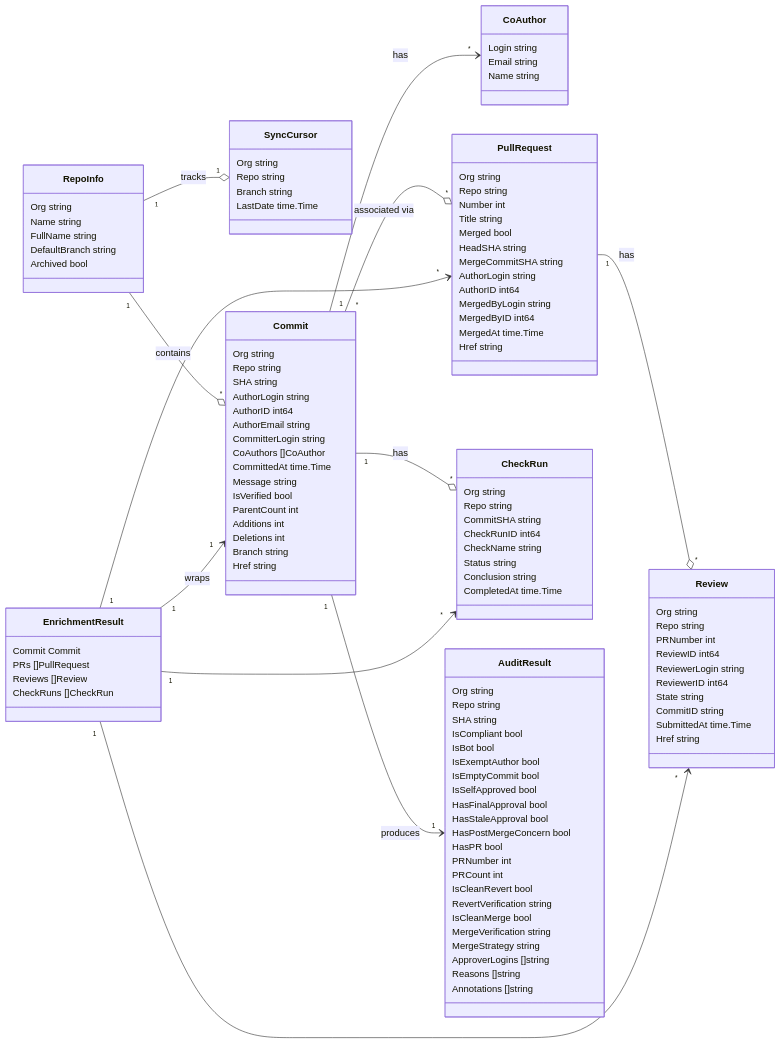
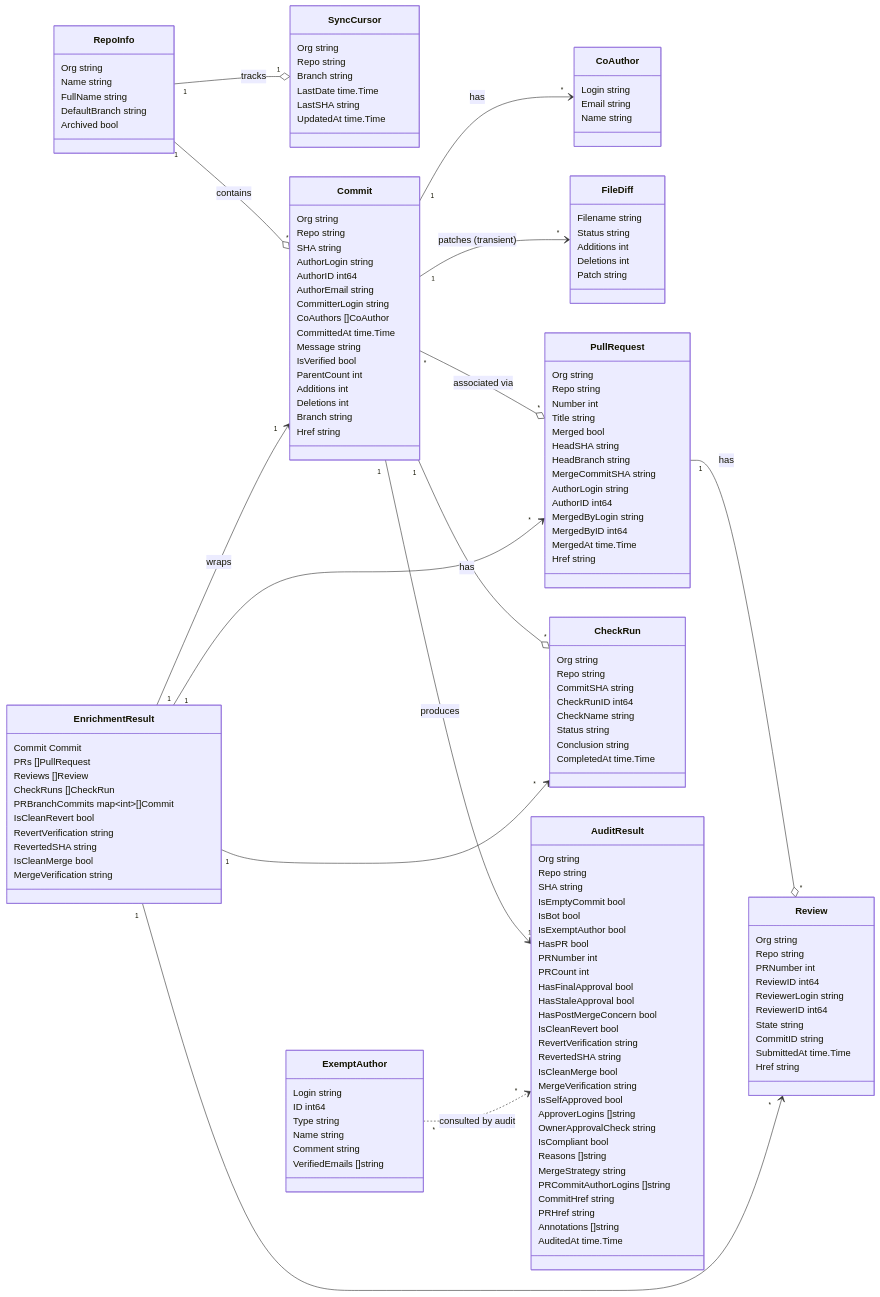
One commit to stefanpenner/gh-audit changed the diagram in internal/model/README.md. Above: the diagram before and after it, drawn with Mermaid. The commit also changed 60 other files, not shown here.

First line of the commit message:
Harden audit correctness end-to-end; add SHA-based cursor, perf suite

````diff
--- a/internal/model/README.md
+++ b/internal/model/README.md
@@ -21,6 +21,8 @@
         Repo string
         Branch string
         LastDate time.Time
+        LastSHA string
+        UpdatedAt time.Time
     }
 
     class CoAuthor {
@@ -48,6 +50,14 @@
         Href string
     }
 
+    class FileDiff {
+        Filename string
+        Status string
+        Additions int
+        Deletions int
+        Patch string
+    }
+
     class PullRequest {
         Org string
         Repo string
@@ -55,6 +65,7 @@
         Title string
         Merged bool
         HeadSHA string
+        HeadBranch string
         MergeCommitSHA string
         AuthorLogin string
         AuthorID int64
@@ -93,31 +104,52 @@
         PRs []PullRequest
         Reviews []Review
         CheckRuns []CheckRun
+        PRBranchCommits map~int~[]Commit
+        IsCleanRevert bool
+        RevertVerification string
+        RevertedSHA string
+        IsCleanMerge bool
+        MergeVerification string
     }
 
     class AuditResult {
         Org string
         Repo string
         SHA string
-        IsCompliant bool
+        IsEmptyCommit bool
         IsBot bool
         IsExemptAuthor bool
-        IsEmptyCommit bool
-        IsSelfApproved bool
+        HasPR bool
+        PRNumber int
+        PRCount int
         HasFinalApproval bool
         HasStaleApproval bool
         HasPostMergeConcern bool
-        HasPR bool
-        PRNumber int
-        PRCount int
         IsCleanRevert bool
         RevertVerification string
+        RevertedSHA string
         IsCleanMerge bool
         MergeVerification string
+        IsSelfApproved bool
+        ApproverLogins []string
+        OwnerApprovalCheck string
+        IsCompliant bool
+        Reasons []string
         MergeStrategy string
-        ApproverLogins []string
-        Reasons []string
+        PRCommitAuthorLogins []string
+        CommitHref string
+        PRHref string
         Annotations []string
+        AuditedAt time.Time
+    }
+
+    class ExemptAuthor {
+        Login string
+        ID int64
+        Type string
+        Name string
+        Comment string
+        VerifiedEmails []string
     }
 
     RepoInfo "1" --o "*" Commit : contains
@@ -125,10 +157,12 @@
     Commit "*" --o "*" PullRequest : associated via
     PullRequest "1" --o "*" Review : has
     Commit "1" --o "*" CheckRun : has
+    Commit "1" --> "*" FileDiff : patches (transient)
     EnrichmentResult "1" --> "1" Commit : wraps
     EnrichmentResult "1" --> "*" PullRequest
     EnrichmentResult "1" --> "*" Review
     EnrichmentResult "1" --> "*" CheckRun
     Commit "1" --> "*" CoAuthor : has
     Commit "1" --> "1" AuditResult : produces
+    ExemptAuthor "*" ..> "*" AuditResult : consulted by audit
 ```
````
